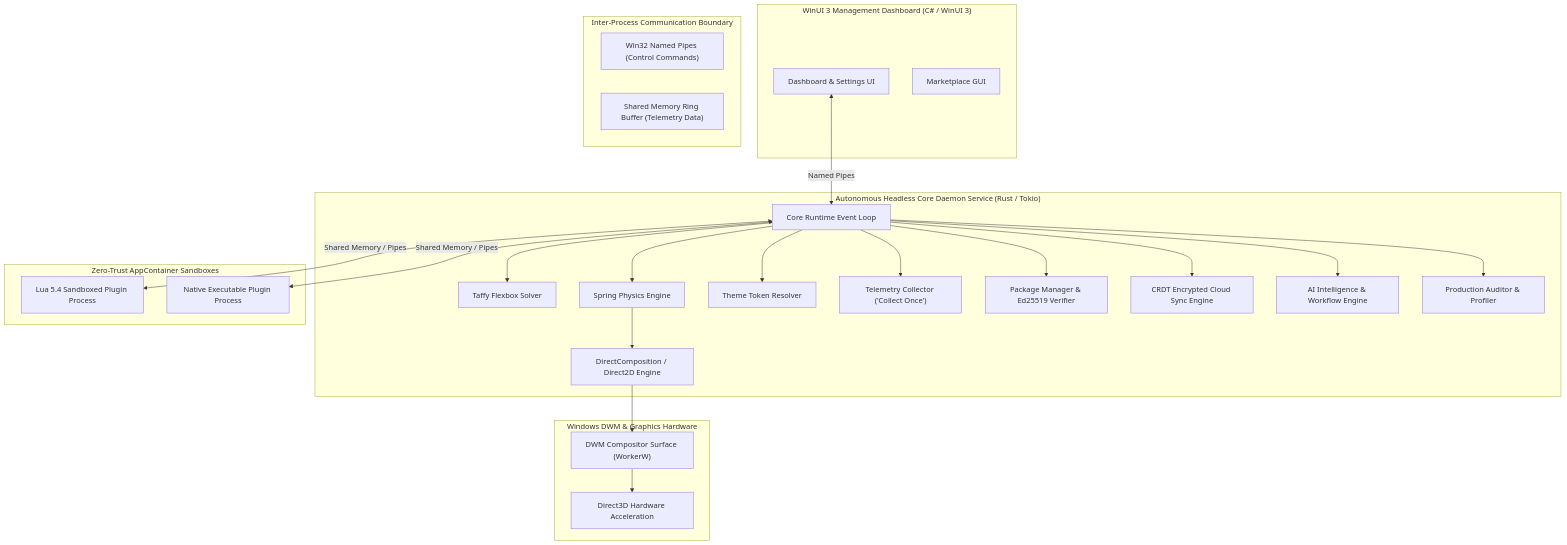
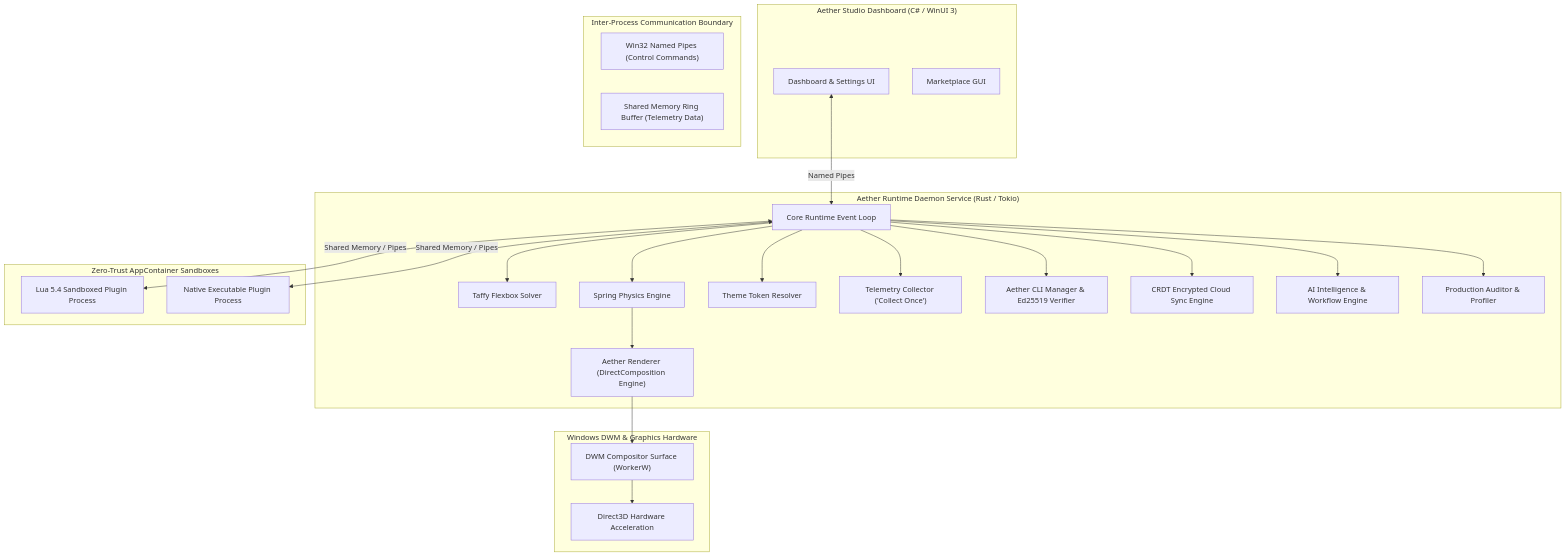
Before and after one commit to MysticsWinner/Aether-custom-widget: the diagram in DETAILS.md, drawn with Mermaid. The commit also changed other lines of this file and 15 other files, not shown here.

````diff
--- a/DETAILS.md
+++ b/DETAILS.md
@@ -62,52 +70,52 @@
 ```mermaid
 graph TB
-    subgraph GUI_Layer ["WinUI 3 Management Dashboard (C# / WinUI 3)"]
+    subgraph GUI_Layer ["Aether Studio Dashboard (C# / WinUI 3)"]
         Dashboard["Dashboard & Settings UI"]
         MarketplaceUI["Marketplace GUI"]
     end
 
-    subgraph Service_Layer ["Autonomous Headless Core Daemon Service (Rust / Tokio)"]
+    subgraph Service_Layer ["Aether Runtime Daemon Service (Rust / Tokio)"]
         CoreRuntime["Core Runtime Event Loop"]
         LayoutEngine["Taffy Flexbox Solver"]
-        RenderEngine["DirectComposition / Direct2D Engine"]
+        RenderEngine["Aether Renderer (DirectComposition Engine)"]
         AnimationEngine["Spring Physics Engine"]
         ThemeEngine["Theme Token Resolver"]
         SystemProviders["Telemetry Collector ('Collect Once')"]
-        MarketplaceManager["Package Manager & Ed25519 Verifier"]
+        MarketplaceManager["Aether CLI Manager & Ed25519 Verifier"]
         CloudSyncEngine["CRDT Encrypted Cloud Sync Engine"]
         AiEngine["AI Intelligence & Workflow Engine"]
         ProductionEngine["Production Auditor & Profiler"]
     end
 
     subgraph IPC_Layer ["Inter-Process Communication Boundary"]
         NamedPipes["Win32 Named Pipes (Control Commands)"]
         SharedMemory["Shared Memory Ring Buffer (Telemetry Data)"]
     end
 
     subgraph Sandbox_Layer ["Zero-Trust AppContainer Sandboxes"]
         PluginProcess1["Lua 5.4 Sandboxed Plugin Process"]
         PluginProcess2["Native Executable Plugin Process"]
     end
 
     subgraph OS_Layer ["Windows DWM & Graphics Hardware"]
         DWMCompositor["DWM Compositor Surface (WorkerW)"]
         GPU["Direct3D Hardware Acceleration"]
     end
 
     Dashboard <-->|Named Pipes| CoreRuntime
     CoreRuntime <-->|Shared Memory / Pipes| PluginProcess1
     CoreRuntime <-->|Shared Memory / Pipes| PluginProcess2
 
     CoreRuntime --> LayoutEngine
     CoreRuntime --> ThemeEngine
     CoreRuntime --> SystemProviders
     CoreRuntime --> AnimationEngine
     CoreRuntime --> MarketplaceManager
     CoreRuntime --> CloudSyncEngine
     CoreRuntime --> AiEngine
     CoreRuntime --> ProductionEngine
 
     AnimationEngine --> RenderEngine
     RenderEngine --> DWMCompositor
     DWMCompositor --> GPU
 ```
````
